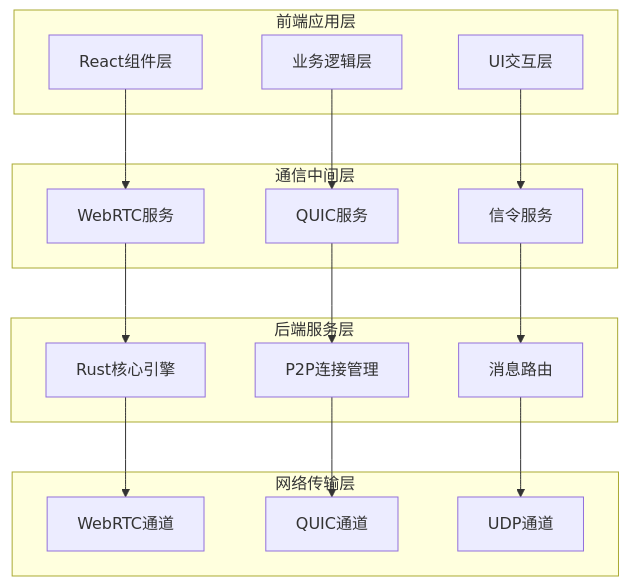
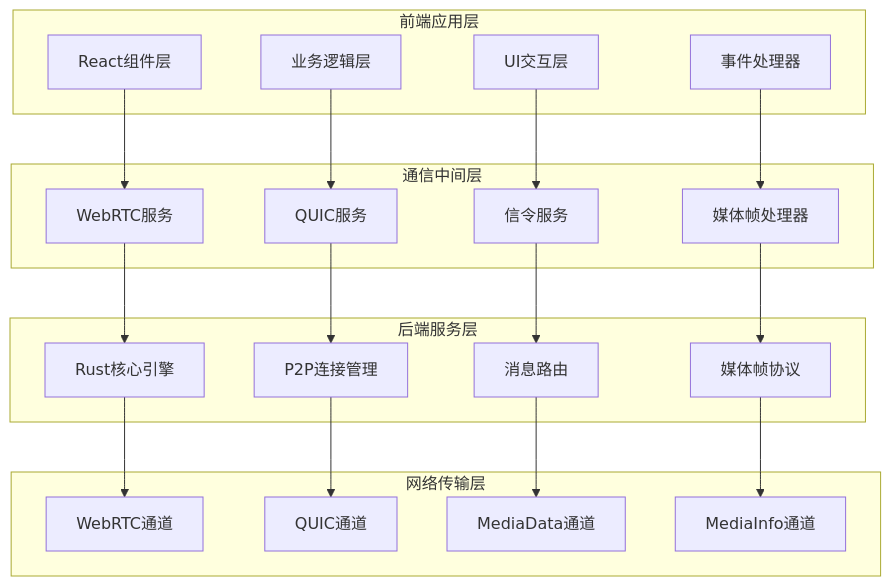
One commit to nicolastinger/only-talk-app changed the first of 12 diagrams in .qoder/repowiki/zh/content/Privacy Video Call.md. Above: the diagram before and after it, drawn with Mermaid. The commit also changed other lines of this file and 5 other files, not shown here.

````diff
--- a/.qoder/repowiki/zh/content/Privacy Video Call.md
+++ b/.qoder/repowiki/zh/content/Privacy Video Call.md
@@ -44,32 +54,39 @@
 ```mermaid
 graph TB
 subgraph "前端应用层"
 A[React组件层]
 B[业务逻辑层]
 C[UI交互层]
+D[事件处理器]
 end
 subgraph "通信中间层"
-D[WebRTC服务]
-E[QUIC服务]
-F[信令服务]
+E[WebRTC服务]
+F[QUIC服务]
+G[信令服务]
+H[媒体帧处理器]
 end
 subgraph "后端服务层"
-G[Rust核心引擎]
-H[P2P连接管理]
-I[消息路由]
+I[Rust核心引擎]
+J[P2P连接管理]
+K[消息路由]
+L[媒体帧协议]
 end
 subgraph "网络传输层"
-J[WebRTC通道]
-K[QUIC通道]
-L[UDP通道]
+M[WebRTC通道]
+N[QUIC通道]
+O[MediaData通道]
+P[MediaInfo通道]
 end
-A --> D
-B --> E
-C --> F
-D --> G
-E --> H
-F --> I
-G --> J
-H --> K
-I --> L
+A --> E
+B --> F
+C --> G
+D --> H
+E --> I
+F --> J
+G --> K
+H --> L
+I --> M
+J --> N
+K --> O
+L --> P
 ```
````
